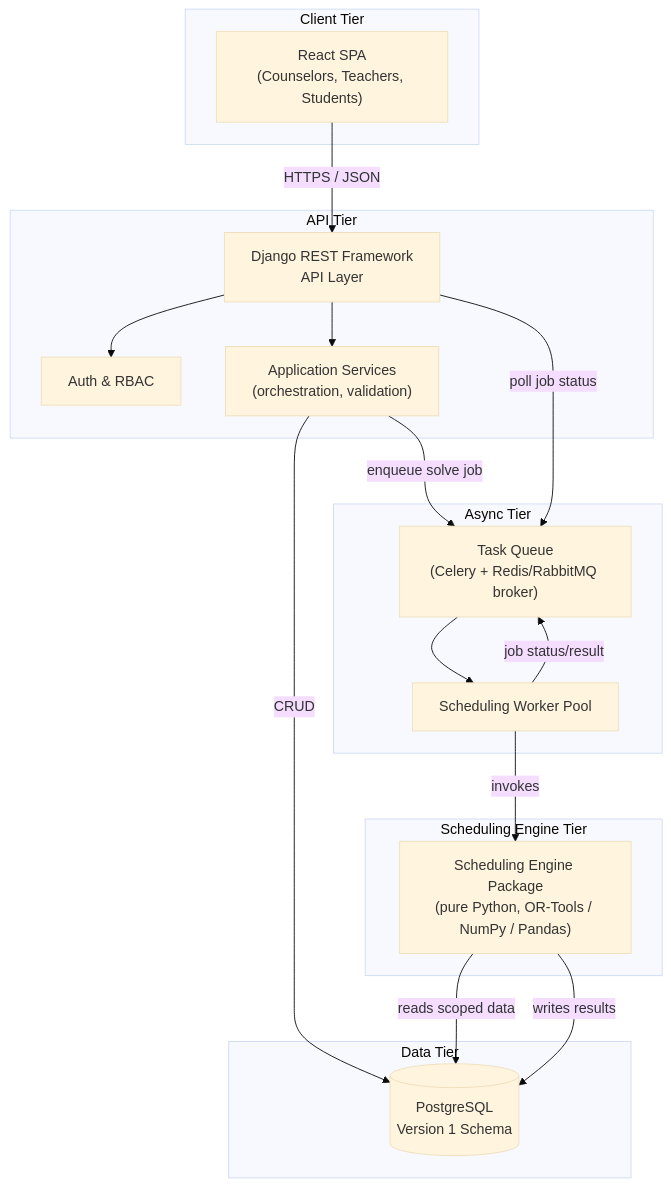
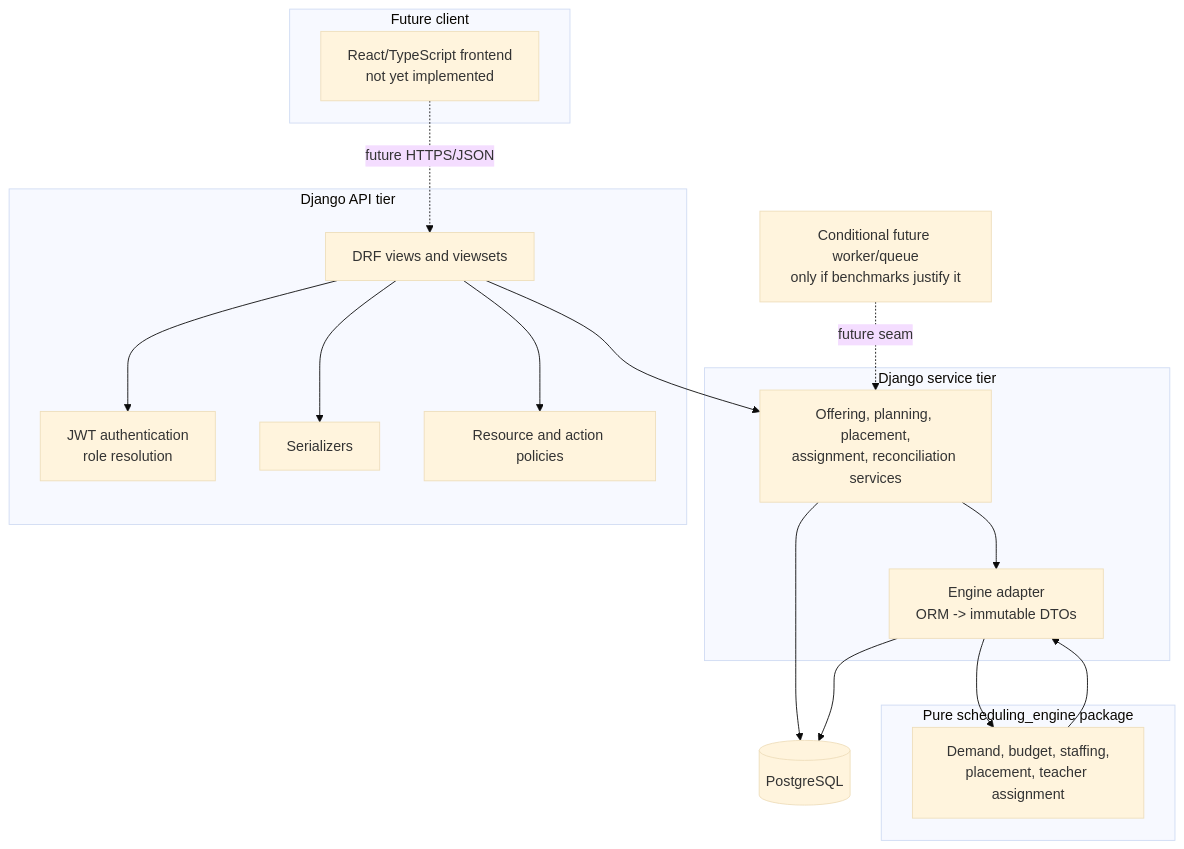
One commit to Yvan-DeSouza/School-Schedule-Optimizer changed the first of 6 diagrams in docs/Software_Design_Document.md. Above: the diagram before and after it, drawn with Mermaid (base theme). The commit also changed other lines of this file, not shown here.

````diff
--- a/docs/Software_Design_Document.md
+++ b/docs/Software_Design_Document.md
@@ -156,37 +239,35 @@
 ```mermaid
 graph TB
-    subgraph Client Tier
-        FE["React SPA<br/>(Counselors, Teachers, Students)"]
+    subgraph Client [Future client]
+        FE["React/TypeScript frontend\nnot yet implemented"]
     end
 
-    subgraph API Tier
-        DRF["Django REST Framework<br/>API Layer"]
-        AUTH["Auth & RBAC"]
-        SVC["Application Services<br/>(orchestration, validation)"]
+    subgraph API [Django API tier]
+        AUTH["JWT authentication\nrole resolution"]
+        VIEWS["DRF views and viewsets"]
+        SER["Serializers"]
+        POL["Resource and action policies"]
     end
 
-    subgraph Async Tier
-        QUEUE["Task Queue<br/>(Celery + Redis/RabbitMQ broker)"]
-        WORKER["Scheduling Worker Pool"]
+    subgraph Services [Django service tier]
+        WF["Offering, planning, placement,\nassignment, reconciliation services"]
+        ADAPTER["Engine adapter\nORM -> immutable DTOs"]
     end
 
-    subgraph Scheduling Engine Tier
-        ENGINE["Scheduling Engine Package<br/>(pure Python, OR-Tools / NumPy / Pandas)"]
+    subgraph Engine [Pure scheduling_engine package]
+        SOLVE["Demand, budget, staffing,\nplacement, teacher assignment"]
     end
 
-    subgraph Data Tier
-        PG[("PostgreSQL<br/>Version 1 Schema")]
-    end
-
-    FE -- "HTTPS / JSON" --> DRF
-    DRF --> AUTH
-    DRF --> SVC
-    SVC -- "CRUD" --> PG
-    SVC -- "enqueue solve job" --> QUEUE
-    QUEUE --> WORKER
-    WORKER -- "invokes" --> ENGINE
-    ENGINE -- "reads scoped data" --> PG
-    ENGINE -- "writes results" --> PG
-    WORKER -- "job status/result" --> QUEUE
-    DRF -- "poll job status" --> QUEUE
+    DB[(PostgreSQL)]
+    FE -. "future HTTPS/JSON" .-> VIEWS
+    VIEWS --> AUTH
+    VIEWS --> SER
+    VIEWS --> POL
+    VIEWS --> WF
+    WF --> DB
+    WF --> ADAPTER
+    ADAPTER --> DB
+    ADAPTER --> SOLVE
+    SOLVE --> ADAPTER
+    WORKER["Conditional future worker/queue\nonly if benchmarks justify it"] -. "future seam" .-> WF
 ```
````
